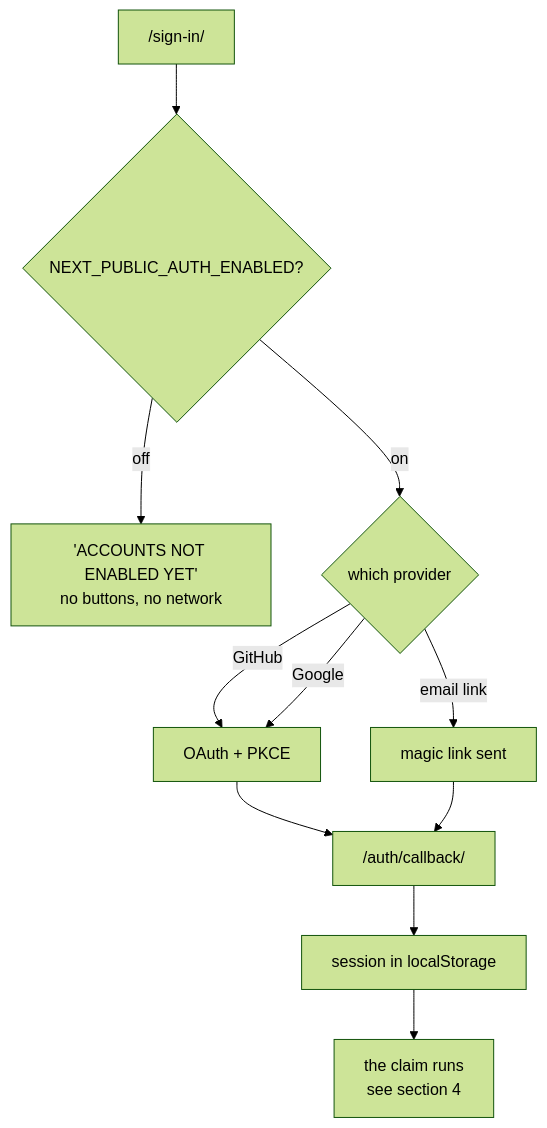
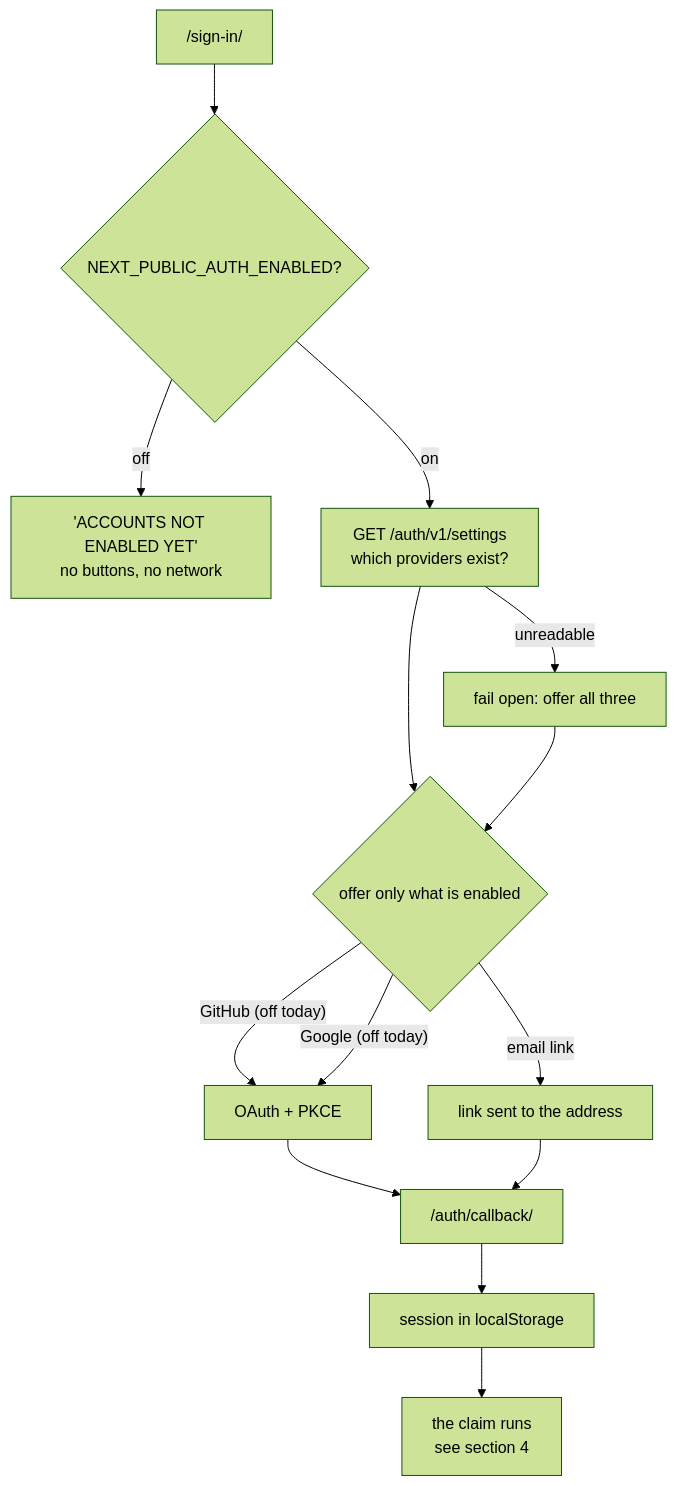
One commit to lokumai/ai-engineering-bazaar changed the second of 11 diagrams in docs/auth-flow.md. Above: the diagram before and after it, drawn with Mermaid (forest theme). The commit also changed other lines of this file and 4 other files, not shown here.

````diff
--- a/docs/auth-flow.md
+++ b/docs/auth-flow.md
@@ -37,13 +61,16 @@
 ```mermaid
 flowchart TD
     S["/sign-in/"] --> Q{"NEXT_PUBLIC_AUTH_ENABLED?"}
     Q -->|"off"| OFF["'ACCOUNTS NOT ENABLED YET'<br/>no buttons, no network"]
-    Q -->|"on"| P{"which provider"}
-    P -->|"GitHub"| OA["OAuth + PKCE"]
-    P -->|"Google"| OA
-    P -->|"email link"| ML["magic link sent"]
+    Q -->|"on"| PROBE["GET /auth/v1/settings<br/>which providers exist?"]
+    PROBE -->|"unreadable"| ALL["fail open: offer all three"]
+    PROBE --> P{"offer only what is enabled"}
+    ALL --> P
+    P -->|"GitHub (off today)"| OA["OAuth + PKCE"]
+    P -->|"Google (off today)"| OA
+    P -->|"email link"| ML["link sent to the address"]
     OA --> CB["/auth/callback/"]
     ML --> CB
     CB --> SESS["session in localStorage"]
     SESS --> CLAIM["the claim runs<br/>see section 4"]
 ```
````
